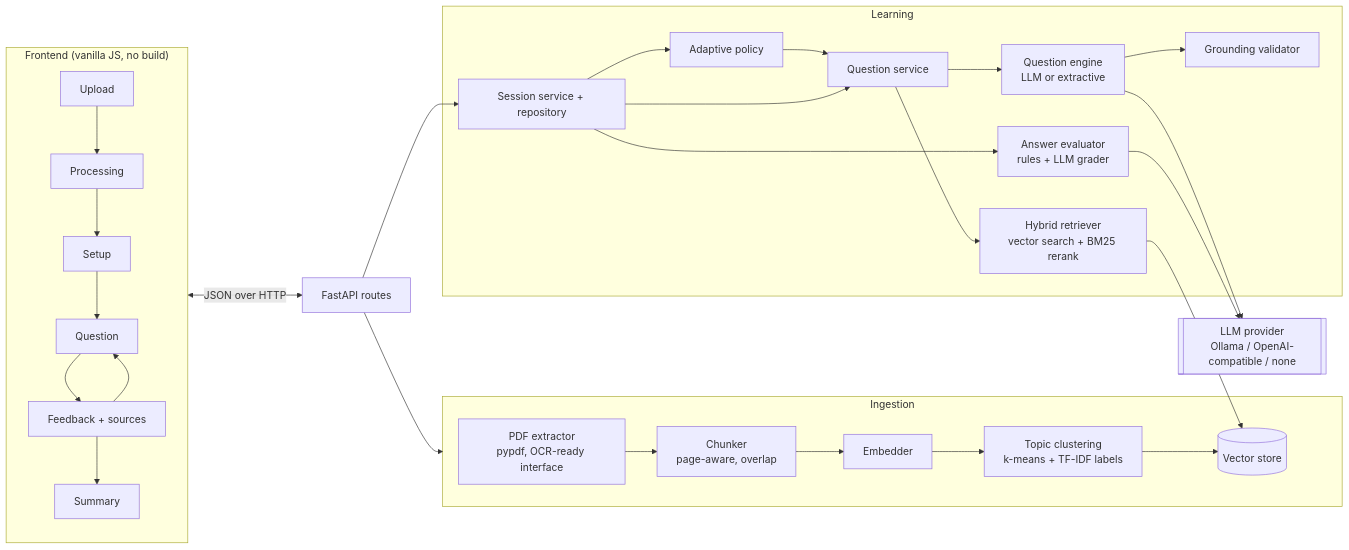
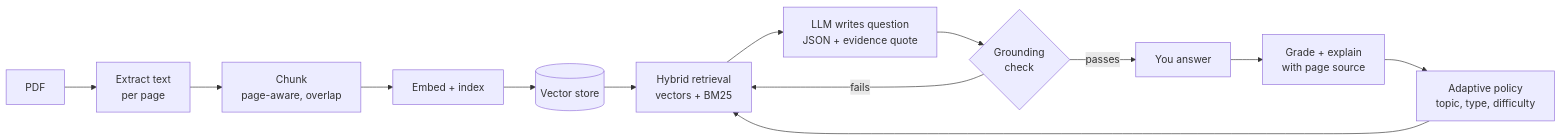
One commit to shafishahrir44-code/RAG-Interactive-Study-Tool changed the diagram in README.md. Above: the diagram before and after it, drawn with Mermaid. The commit also changed other lines of this file and 11 other files, not shown here.

Commit message:
Rewrite README with screenshots, add OS sample PDF, improve topic labels and quiz terms

````diff
--- a/README.md
+++ b/README.md
@@ -21,28 +68,15 @@
 ```mermaid
 flowchart LR
-    subgraph UI["Frontend (vanilla JS, no build)"]
-        U[Upload] --> P[Processing] --> S[Setup] --> Q[Question] --> F[Feedback + sources] --> Q
-        F --> Sum[Summary]
-    end
-
-    UI <-->|JSON over HTTP| API[FastAPI routes]
-
-    subgraph Ingestion
-        X[PDF extractor<br/>pypdf, OCR-ready interface] --> C[Chunker<br/>page-aware, overlap] --> E[Embedder] --> T[Topic clustering<br/>k-means + TF-IDF labels] --> V[(Vector store)]
-    end
-
-    subgraph Learning
-        AP[Adaptive policy] --> QS[Question service]
-        QS --> R[Hybrid retriever<br/>vector search + BM25 rerank]
-        R --> V
-        QS --> QE[Question engine<br/>LLM or extractive]
-        QE --> VAL[Grounding validator]
-        EV[Answer evaluator<br/>rules + LLM grader]
-        SS[Session service + repository]
-    end
-
-    API --> Ingestion
-    API --> SS
-    SS --> AP & QS & EV
-    QE & EV --> LLM[[LLM provider<br/>Ollama / OpenAI-compatible / none]]
+    A[PDF] --> B[Extract text<br/>per page]
+    B --> C[Chunk<br/>page-aware, overlap]
+    C --> D[Embed + index]
+    D --> E[(Vector store)]
+    F[Adaptive policy<br/>topic, type, difficulty] --> G[Hybrid retrieval<br/>vectors + BM25]
+    E --> G
+    G --> H[LLM writes question<br/>JSON + evidence quote]
+    H --> I{Grounding<br/>check}
+    I -- fails --> G
+    I -- passes --> J[You answer]
+    J --> K[Grade + explain<br/>with page source]
+    K --> F
 ```
````
